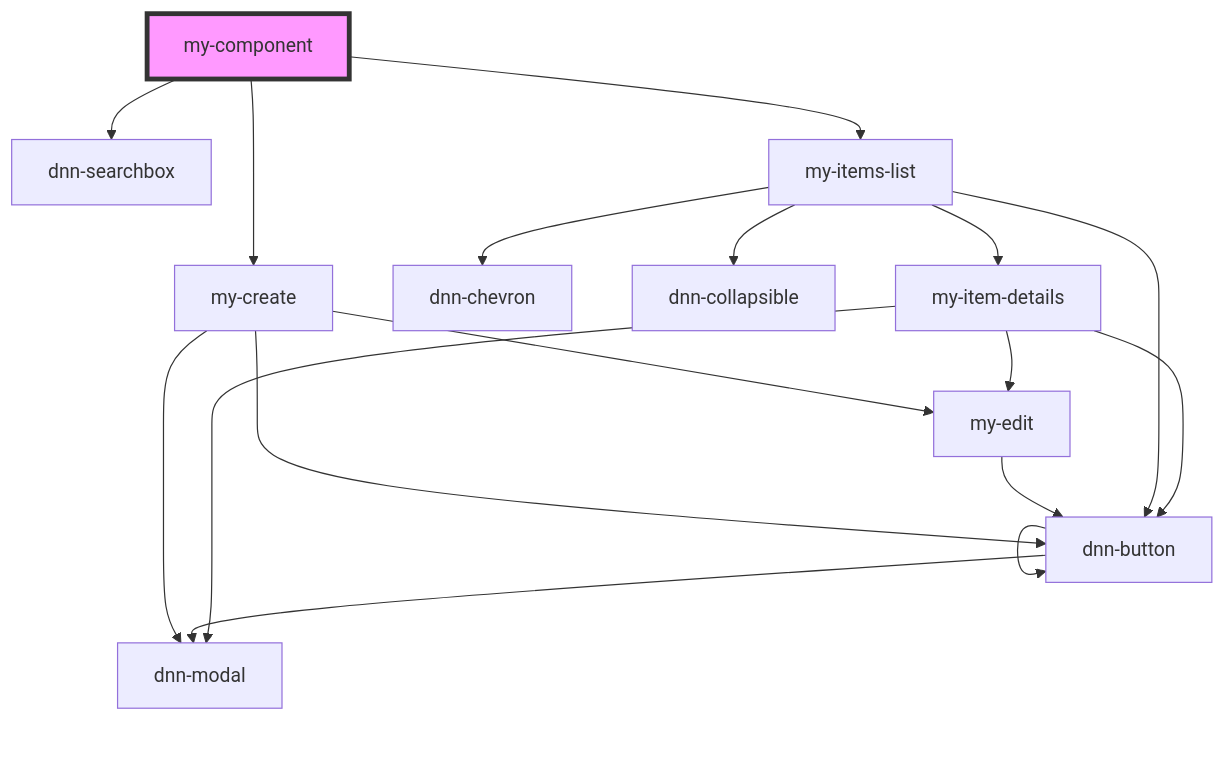
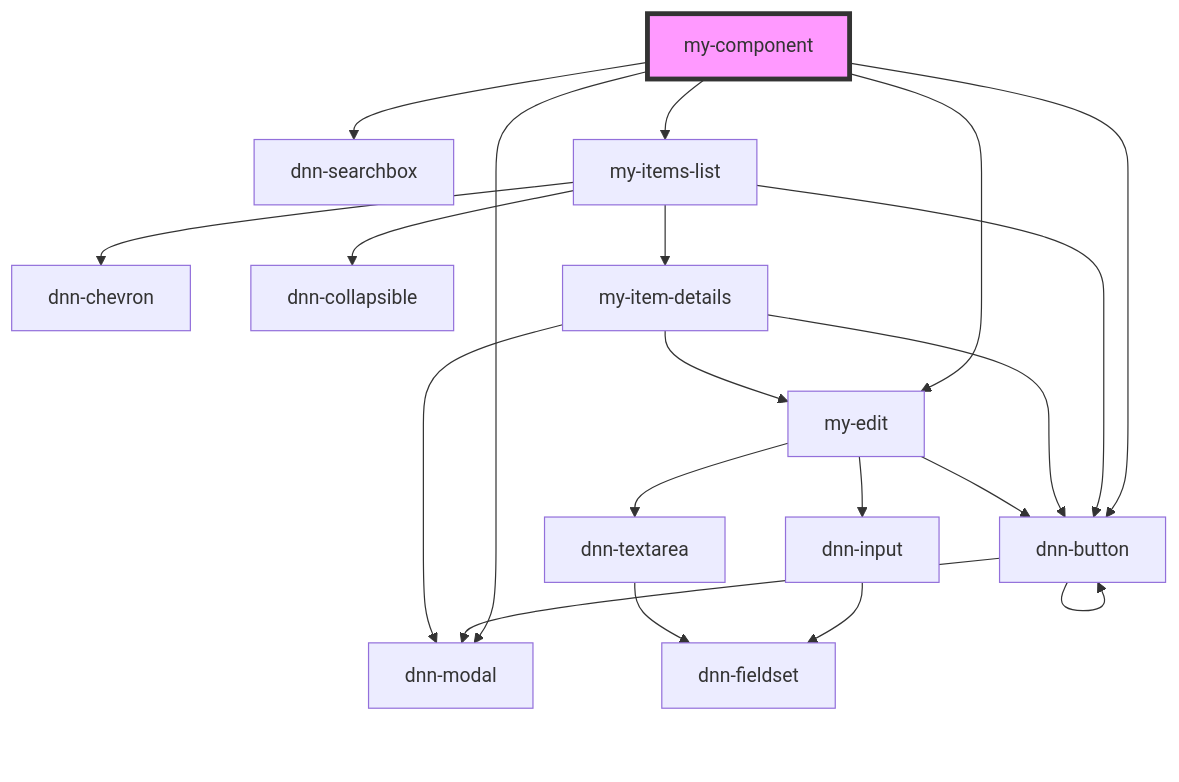
Before and after one commit to DNNCommunity/DNN.UserVoice: the diagram in module.web/src/components/my-component/readme.md, drawn with Mermaid. The commit also changed other lines of this file and 138 other files, not shown here.

````diff
--- a/module.web/src/components/my-component/readme.md
+++ b/module.web/src/components/my-component/readme.md
@@ -62,20 +64,23 @@
 ```mermaid
 graph TD;
   my-component --> dnn-searchbox
-  my-component --> my-create
+  my-component --> dnn-button
   my-component --> my-items-list
-  my-create --> dnn-button
-  my-create --> dnn-modal
-  my-create --> my-edit
+  my-component --> dnn-modal
+  my-component --> my-edit
   dnn-button --> dnn-modal
   dnn-button --> dnn-button
-  my-edit --> dnn-button
   my-items-list --> dnn-chevron
   my-items-list --> dnn-collapsible
   my-items-list --> my-item-details
   my-items-list --> dnn-button
   my-item-details --> dnn-button
   my-item-details --> dnn-modal
   my-item-details --> my-edit
+  my-edit --> dnn-input
+  my-edit --> dnn-textarea
+  my-edit --> dnn-button
+  dnn-input --> dnn-fieldset
+  dnn-textarea --> dnn-fieldset
   style my-component fill:#f9f,stroke:#333,stroke-width:4px
 ```
````
